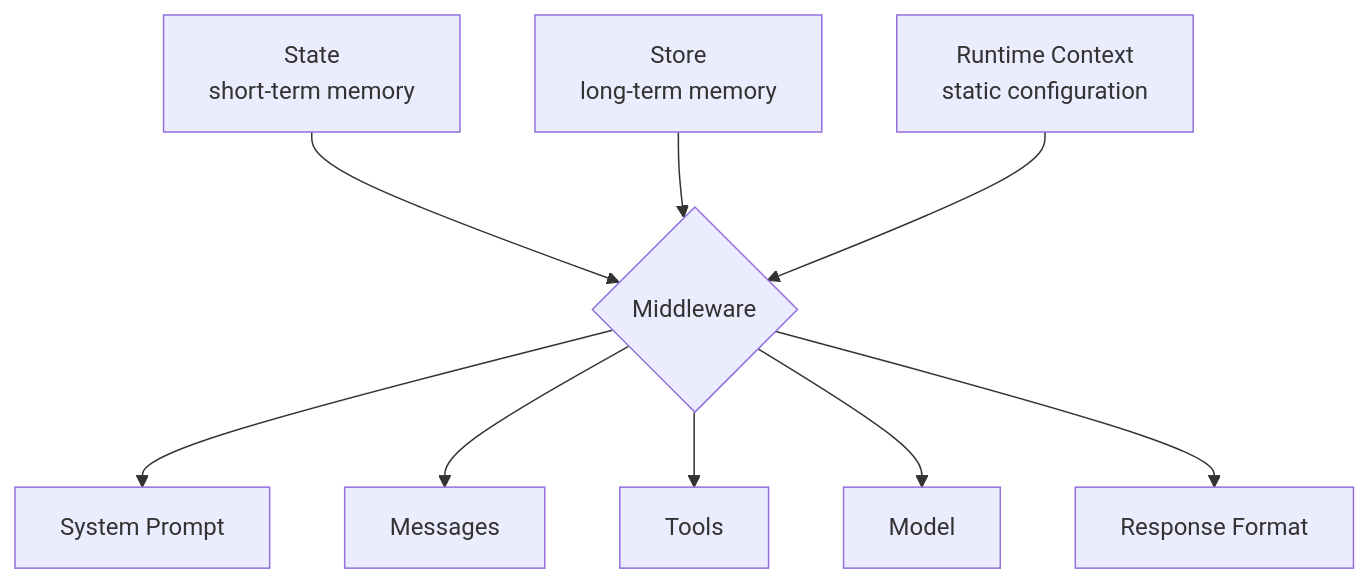
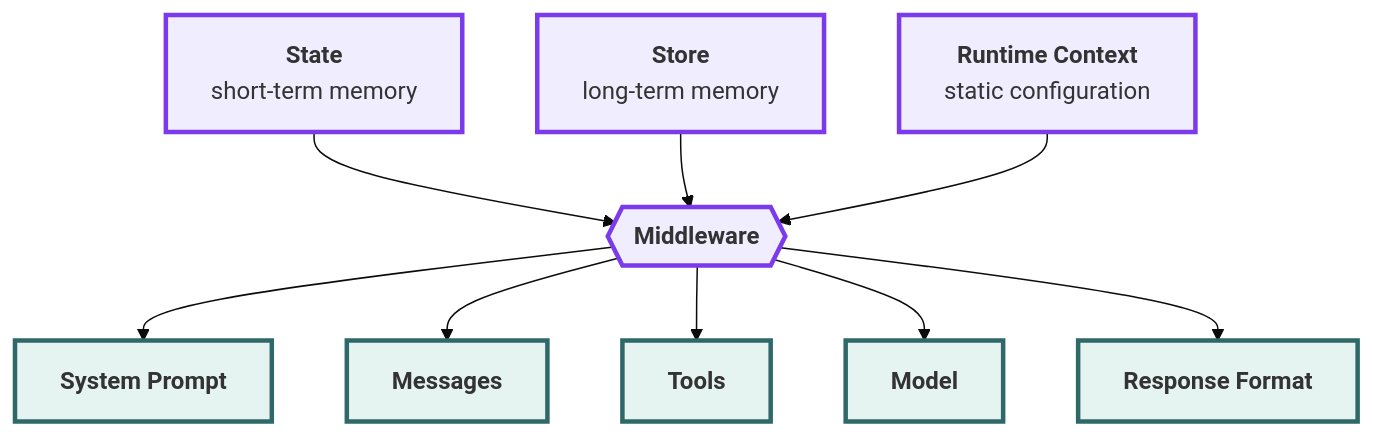
Before and after one commit to r13k45/docs: the diagram in src/oss/langchain/context-engineering.mdx, drawn with Mermaid. The commit also changed other lines of this file, not shown here.

````diff
--- a/src/oss/langchain/context-engineering.mdx
+++ b/src/oss/langchain/context-engineering.mdx
@@ -63,16 +60,27 @@
 ```mermaid
+%%{init: {'theme': 'base', 'themeVariables': {'fontSize': '16px'}}}%%
 flowchart TD
-    State[State<br/>short-term memory]
-    Store[Store<br/>long-term memory]
-    Runtime[Runtime Context<br/>static configuration]
+    State["<b>State</b><br/>short-term memory"]
+    Store["<b>Store</b><br/>long-term memory"]
+    Runtime["<b>Runtime Context</b><br/>static configuration"]
 
-    State --> Middleware{Middleware}
+    State --> Middleware{{"<b>Middleware</b>"}}
     Store --> Middleware
     Runtime --> Middleware
 
-    Middleware --> Prompt[System Prompt]
-    Middleware --> Messages[Messages]
-    Middleware --> Tools[Tools]
-    Middleware --> Model[Model]
-    Middleware --> Format[Response Format]
+    Middleware --> Prompt["<b>System Prompt</b>"]
+    Middleware --> Messages["<b>Messages</b>"]
+    Middleware --> Tools["<b>Tools</b>"]
+    Middleware --> Model["<b>Model</b>"]
+    Middleware --> Format["<b>Response Format</b>"]
+
+    style State fill:#efedfe,stroke:#7c3aed,stroke-width:3px
+    style Store fill:#efedfe,stroke:#7c3aed,stroke-width:3px
+    style Runtime fill:#efedfe,stroke:#7c3aed,stroke-width:3px
+    style Middleware fill:#efedfe,stroke:#7c3aed,stroke-width:3px
+    style Prompt fill:#e6f4f1,stroke:#2f6868,stroke-width:3px
+    style Messages fill:#e6f4f1,stroke:#2f6868,stroke-width:3px
+    style Tools fill:#e6f4f1,stroke:#2f6868,stroke-width:3px
+    style Model fill:#e6f4f1,stroke:#2f6868,stroke-width:3px
+    style Format fill:#e6f4f1,stroke:#2f6868,stroke-width:3px
 ```
````
